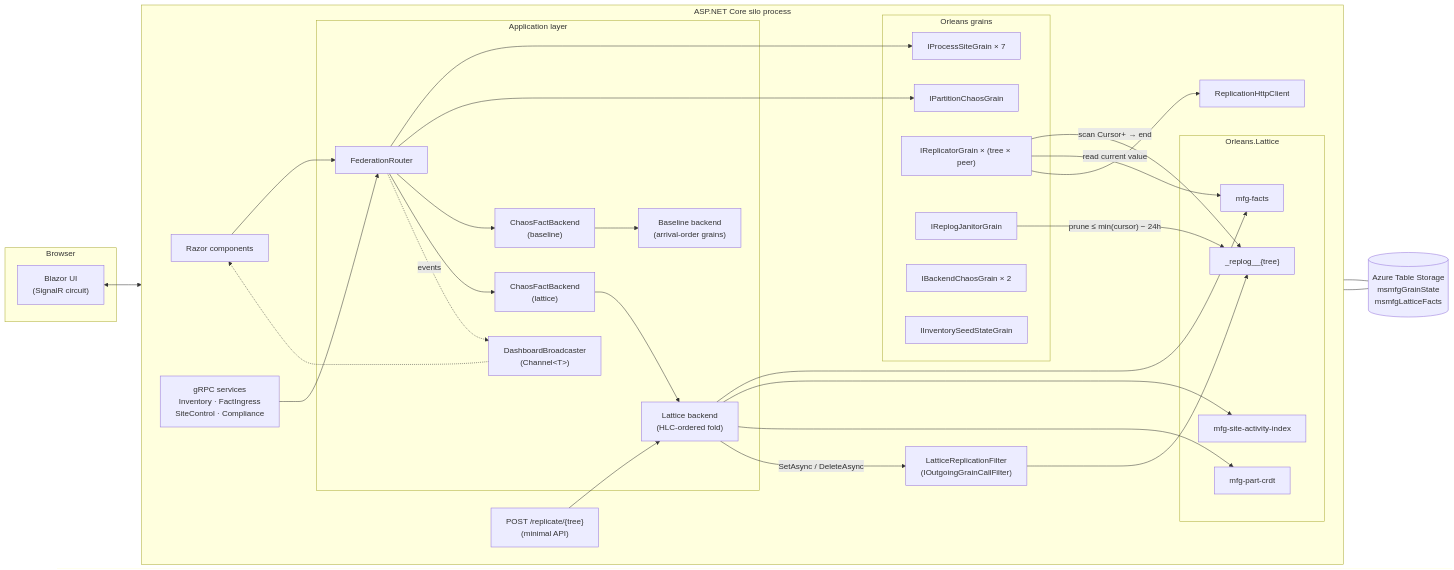
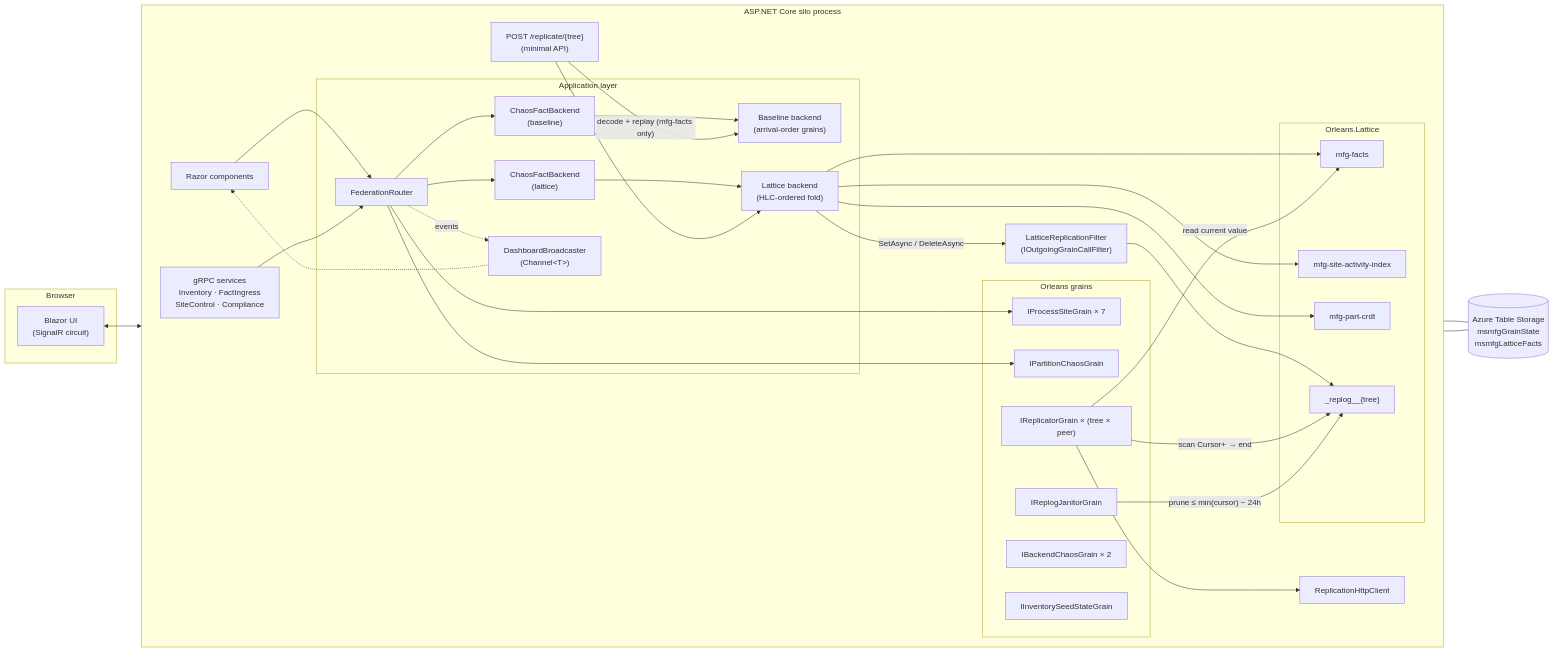
Before and after one commit to NSTA1/Orleans.Lattice: the second of 5 diagrams in samples/MultiSiteManufacturing/architecture.md, drawn with Mermaid. The commit also changed other lines of this file and 4 other files, not shown here.

````diff
--- a/samples/MultiSiteManufacturing/architecture.md
+++ b/samples/MultiSiteManufacturing/architecture.md
@@ -117,70 +117,71 @@
 ```mermaid
 flowchart LR
     subgraph browser["Browser"]
         ui["Blazor UI<br/>(SignalR circuit)"]
     end
 
     subgraph silo["ASP.NET Core silo process"]
         direction LR
         razor["Razor components"]
         grpc["gRPC services<br/>Inventory · FactIngress<br/>SiteControl · Compliance"]
 
         subgraph app["Application layer"]
             router["FederationRouter"]
             chaosBase["ChaosFactBackend<br/>(baseline)"]
             chaosLat["ChaosFactBackend<br/>(lattice)"]
             baseBE["Baseline backend<br/>(arrival-order grains)"]
             latBE["Lattice backend<br/>(HLC-ordered fold)"]
             broadcaster["DashboardBroadcaster<br/>(Channel&lt;T&gt;)"]
         end
 
         subgraph orleans["Orleans grains"]
             siteG["IProcessSiteGrain × 7"]
             backG["IBackendChaosGrain × 2"]
             partG["IPartitionChaosGrain"]
             replG["IReplicatorGrain × (tree × peer)"]
             janG["IReplogJanitorGrain"]
             seedG["IInventorySeedStateGrain"]
         end
 
         subgraph lattice["Orleans.Lattice"]
             facts["mfg-facts"]
             siteIdx["mfg-site-activity-index"]
             crdt["mfg-part-crdt"]
             replog["_replog__{tree}"]
         end
 
         filter["LatticeReplicationFilter<br/>(IOutgoingGrainCallFilter)"]
         repClient["ReplicationHttpClient"]
         inbound["POST /replicate/{tree}<br/>(minimal API)"]
     end
 
     tables[("Azure Table Storage<br/>msmfgGrainState<br/>msmfgLatticeFacts")]
 
     ui <--> razor
     razor --> router
     grpc --> router
     router --> siteG
     router --> partG
     router --> chaosBase
     router --> chaosLat
     chaosBase --> baseBE
     chaosLat --> latBE
     latBE --> facts
     latBE --> siteIdx
     latBE --> crdt
     router -.->|"events"| broadcaster
     broadcaster -.-> razor
 
     latBE -->|"SetAsync / DeleteAsync"| filter
     filter --> replog
     replG -->|"scan Cursor+ → end"| replog
     replG -->|"read current value"| facts
     replG --> repClient
     janG -->|"prune ≤ min(cursor) − 24h"| replog
 
     inbound --> latBE
+    inbound -->|"decode + replay (mfg-facts only)"| baseBE
 
     orleans --- tables
     lattice --- tables
 ```
````
